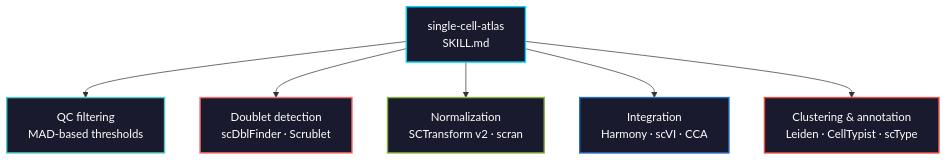
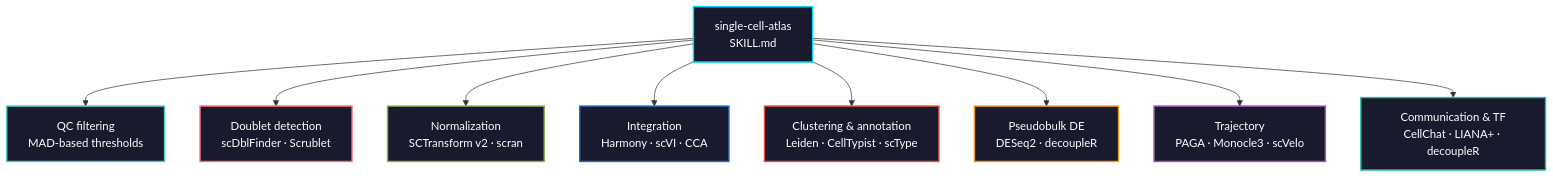
The diagram in skills/single-cell-atlas/README.md (zamushwani/biomedical-ai-skills), drawn with Mermaid before and after one commit. The commit also changed other lines of this file and 5 other files, not shown here.

````diff
--- a/skills/single-cell-atlas/README.md
+++ b/skills/single-cell-atlas/README.md
@@ -5,14 +5,20 @@
 ```mermaid
 graph TD
     A["single-cell-atlas<br>SKILL.md"] --> B["QC filtering<br>MAD-based thresholds"]
     A --> C["Doublet detection<br>scDblFinder · Scrublet"]
     A --> D["Normalization<br>SCTransform v2 · scran"]
     A --> E["Integration<br>Harmony · scVI · CCA"]
     A --> F["Clustering & annotation<br>Leiden · CellTypist · scType"]
+    A --> G["Pseudobulk DE<br>DESeq2 · decoupleR"]
+    A --> H["Trajectory<br>PAGA · Monocle3 · scVelo"]
+    A --> I["Communication & TF<br>CellChat · LIANA+ · decoupleR"]
     style A fill:#1a1a2e,stroke:#00d9ff,color:#fff,stroke-width:2px
     style B fill:#1a1a2e,stroke:#4ecdc4,color:#fff,stroke-width:2px
     style C fill:#1a1a2e,stroke:#ff6b6b,color:#fff,stroke-width:2px
     style D fill:#1a1a2e,stroke:#87b13f,color:#fff,stroke-width:2px
     style E fill:#1a1a2e,stroke:#276DC3,color:#fff,stroke-width:2px
     style F fill:#1a1a2e,stroke:#e84d3c,color:#fff,stroke-width:2px
+    style G fill:#1a1a2e,stroke:#f39c12,color:#fff,stroke-width:2px
+    style H fill:#1a1a2e,stroke:#9b59b6,color:#fff,stroke-width:2px
+    style I fill:#1a1a2e,stroke:#1abc9c,color:#fff,stroke-width:2px
 ```
````
